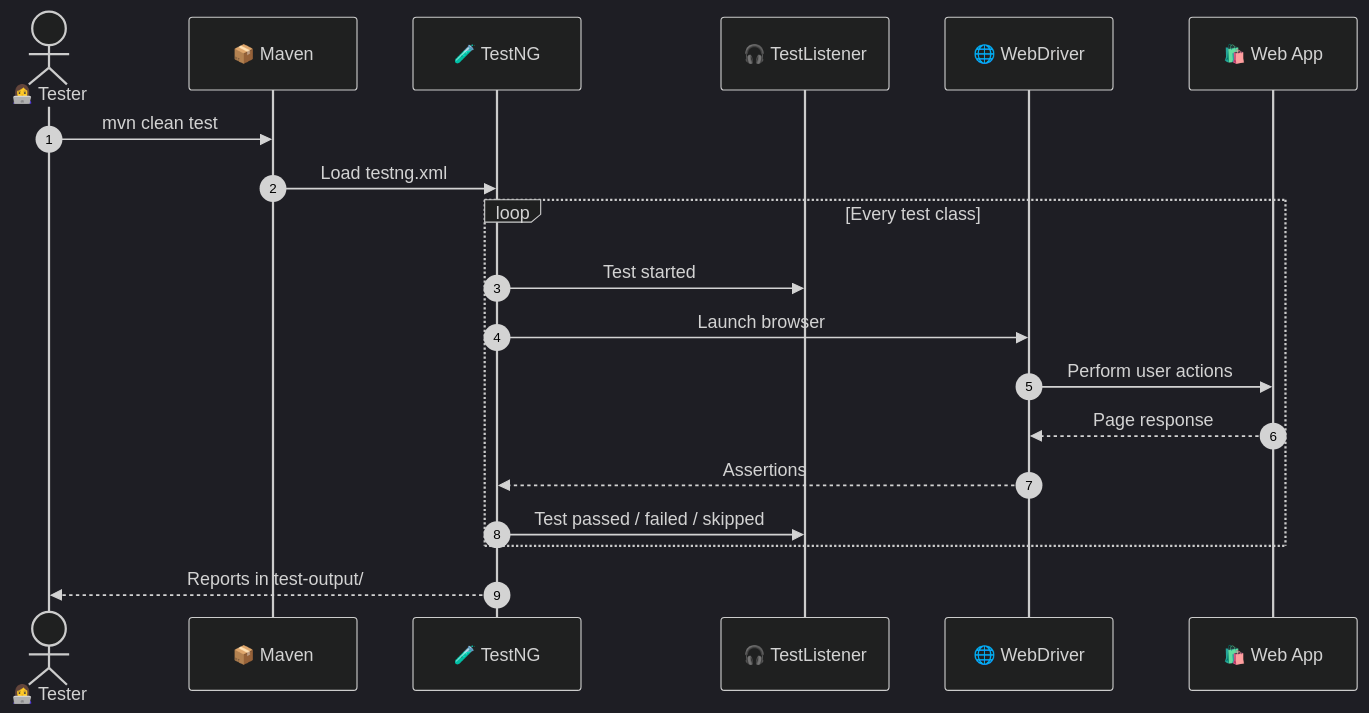
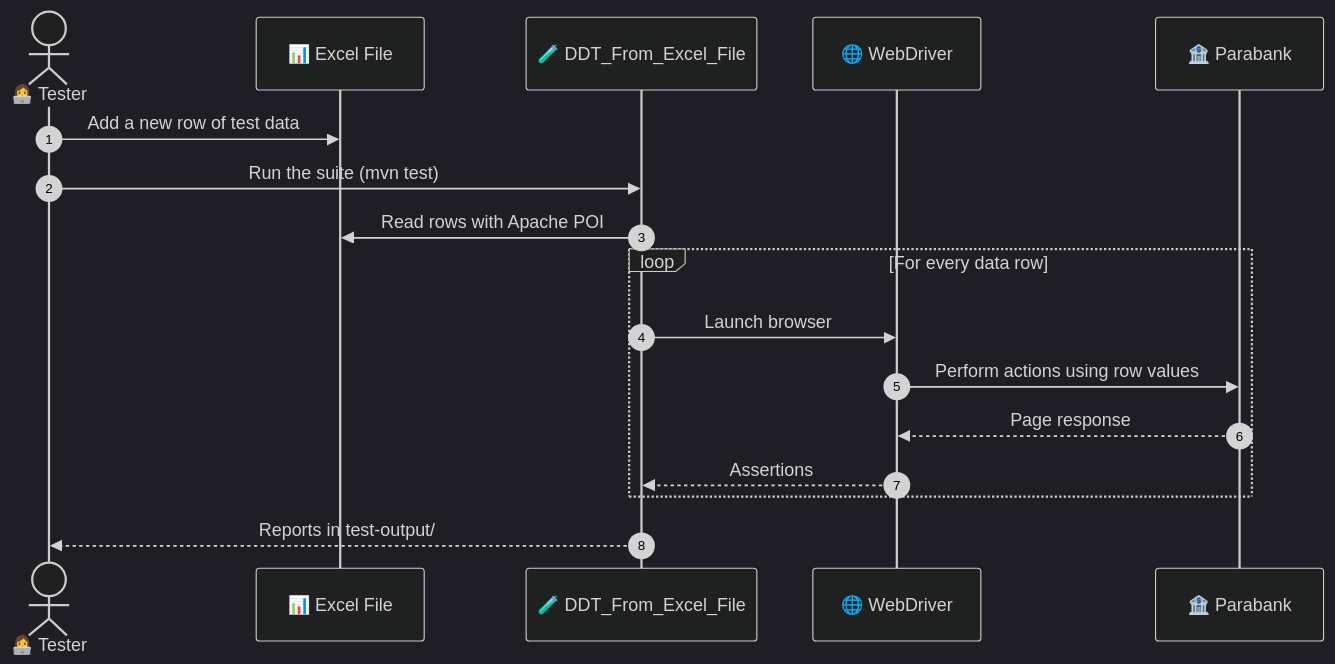
One commit to jancirani-testing/Bank_Application_project changed the second of 2 diagrams in README.md. Above: the diagram before and after it, drawn with Mermaid (dark theme). The commit also changed other lines of this file, not shown here.

````diff
--- a/README.md
+++ b/README.md
@@ -500,22 +136,20 @@
 ```mermaid
 sequenceDiagram
     autonumber
     actor QA as 👩‍💻 Tester
-    participant MVN as 📦 Maven
-    participant NG as 🧪 TestNG
-    participant L as 🎧 TestListener
+    participant XL as 📊 Excel File
+    participant T as 🧪 DDT_From_Excel_File
     participant WD as 🌐 WebDriver
-    participant APP as 🛍️ Web App
+    participant APP as 🏦 Parabank
 
-    QA->>MVN: mvn clean test
-    MVN->>NG: Load testng.xml
-    loop Every test class
-        NG->>L: Test started
-        NG->>WD: Launch browser
-        WD->>APP: Perform user actions
+    QA->>XL: Add a new row of test data
+    QA->>T: Run the suite (mvn test)
+    T->>XL: Read rows with Apache POI
+    loop For every data row
+        T->>WD: Launch browser
+        WD->>APP: Perform actions using row values
         APP-->>WD: Page response
-        WD-->>NG: Assertions
-        NG->>L: Test passed / failed / skipped
+        WD-->>T: Assertions
     end
-    NG-->>QA: Reports in test-output/
+    T-->>QA: Reports in test-output/
 ```
````
